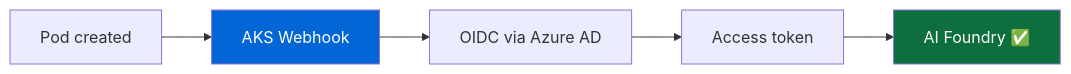
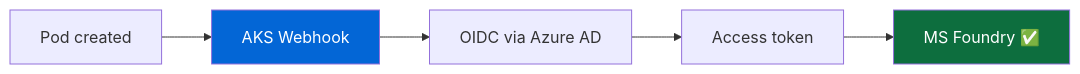
Before and after one commit to Azure-Samples/foundry-azure-local-chat: the second of 7 diagrams in docs/src/3-development/deployment.md, drawn with Mermaid. The commit also changed other lines of this file and 62 other files, not shown here.

````diff
--- a/docs/src/3-development/deployment.md
+++ b/docs/src/3-development/deployment.md
@@ -375,10 +375,10 @@
 ```mermaid
 flowchart LR
     A["Pod created"] --> B["AKS Webhook"]
     B --> C["OIDC via Azure AD"]
     C --> D["Access token"]
-    D --> E["AI Foundry ✅"]
+    D --> E["MS Foundry ✅"]
 
     style B fill:#0366d6,color:#fff
     style E fill:#0d6e3e,color:#fff
 ```
````
